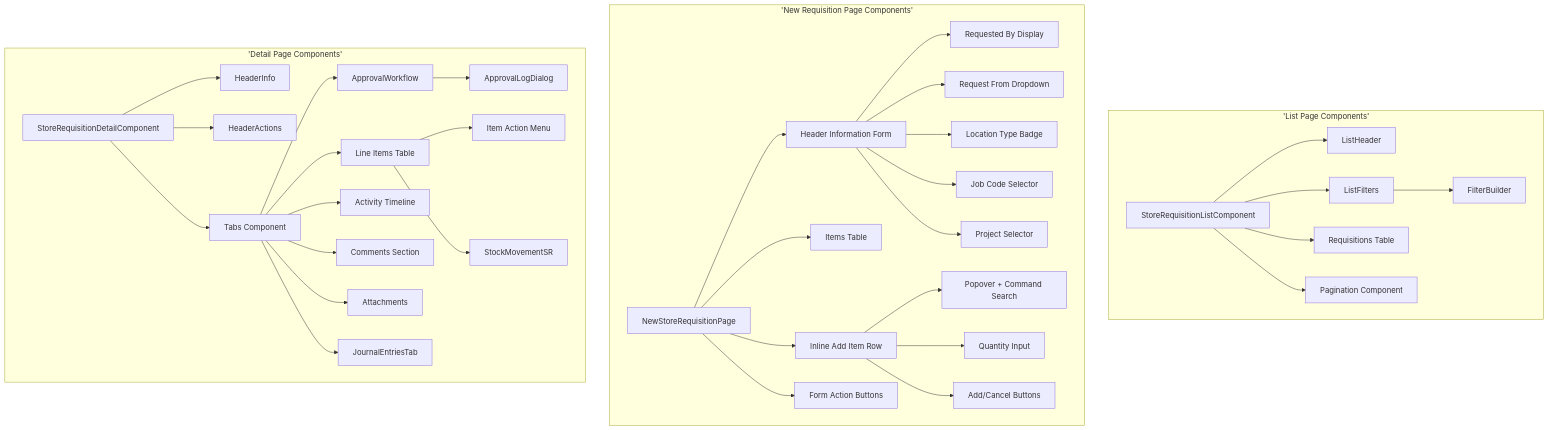
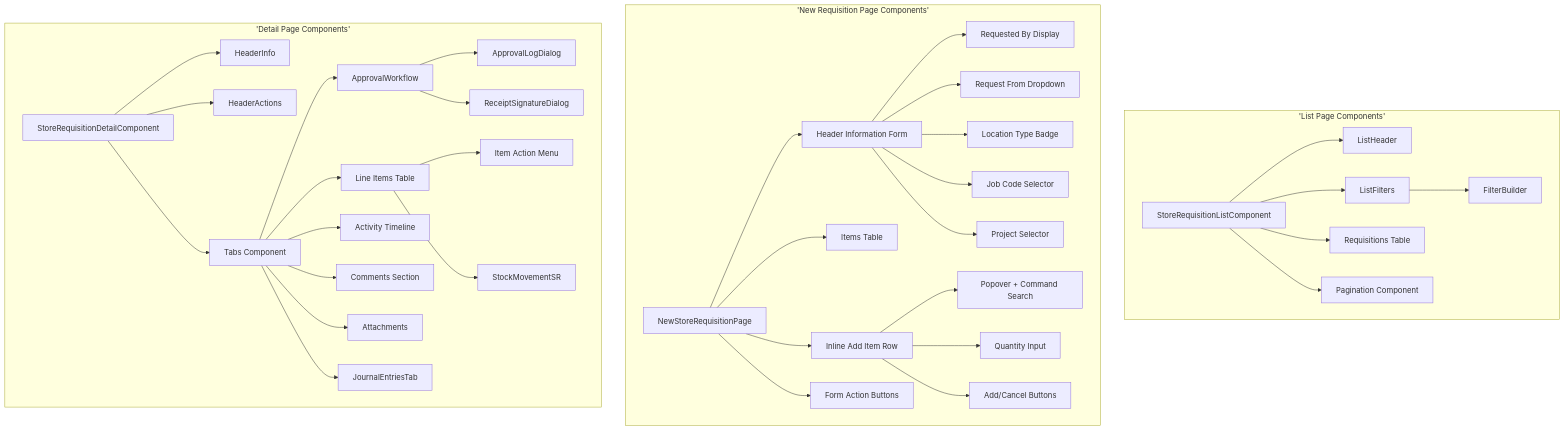
The fourth of 9 diagrams in docs/app/store-operations/store-requisitions/TS-store-requisitions.md (PeakMNA/carmen), drawn with Mermaid before and after one commit. The commit also changed other lines of this file and 25 other files, not shown here.

Commit message:
feat: Implement receipt signature for store requisitions and add new UI components for credit notes and purchase orders.

````diff
--- a/docs/app/store-operations/store-requisitions/TS-store-requisitions.md
+++ b/docs/app/store-operations/store-requisitions/TS-store-requisitions.md
@@ -301,49 +302,50 @@
 ```mermaid
 graph TD
     subgraph 'List Page Components'
         ListPage[StoreRequisitionListComponent]
         ListPage --> ListHeader[ListHeader]
         ListPage --> ListFilters[ListFilters]
         ListPage --> ListTable[Requisitions Table]
         ListPage --> Pagination[Pagination Component]
 
         ListFilters --> FilterBuilder[FilterBuilder]
     end
 
     subgraph 'New Requisition Page Components'
         NewPage[NewStoreRequisitionPage]
         NewPage --> NewHeaderForm[Header Information Form]
         NewPage --> NewItemsTable[Items Table]
         NewPage --> InlineAddRow[Inline Add Item Row]
         NewPage --> FormActions[Form Action Buttons]
 
         NewHeaderForm --> RequestedByField[Requested By Display]
         NewHeaderForm --> RequestFromSelect[Request From Dropdown]
         NewHeaderForm --> LocationTypeBadge[Location Type Badge]
         NewHeaderForm --> JobCodeSelect[Job Code Selector]
         NewHeaderForm --> ProjectSelect[Project Selector]
 
         InlineAddRow --> ProductSearch[Popover + Command Search]
         InlineAddRow --> QtyInput[Quantity Input]
         InlineAddRow --> AddCancelBtns[Add/Cancel Buttons]
     end
 
     subgraph 'Detail Page Components'
         DetailPage[StoreRequisitionDetailComponent]
         DetailPage --> HeaderInfo[HeaderInfo]
         DetailPage --> HeaderActions[HeaderActions]
         DetailPage --> TabsInterface[Tabs Component]
 
         TabsInterface --> ItemsTab[Line Items Table]
         TabsInterface --> WorkflowTab[ApprovalWorkflow]
         TabsInterface --> ActivityTab[Activity Timeline]
         TabsInterface --> CommentsTab[Comments Section]
         TabsInterface --> AttachmentsTab[Attachments]
         TabsInterface --> JournalTab[JournalEntriesTab]
 
         WorkflowTab --> ApprovalLog[ApprovalLogDialog]
+        WorkflowTab --> ReceiptSignature[ReceiptSignatureDialog]
 
         ItemsTab --> ItemActions[Item Action Menu]
         ItemsTab --> StockMovement[StockMovementSR]
     end
 ```
````
